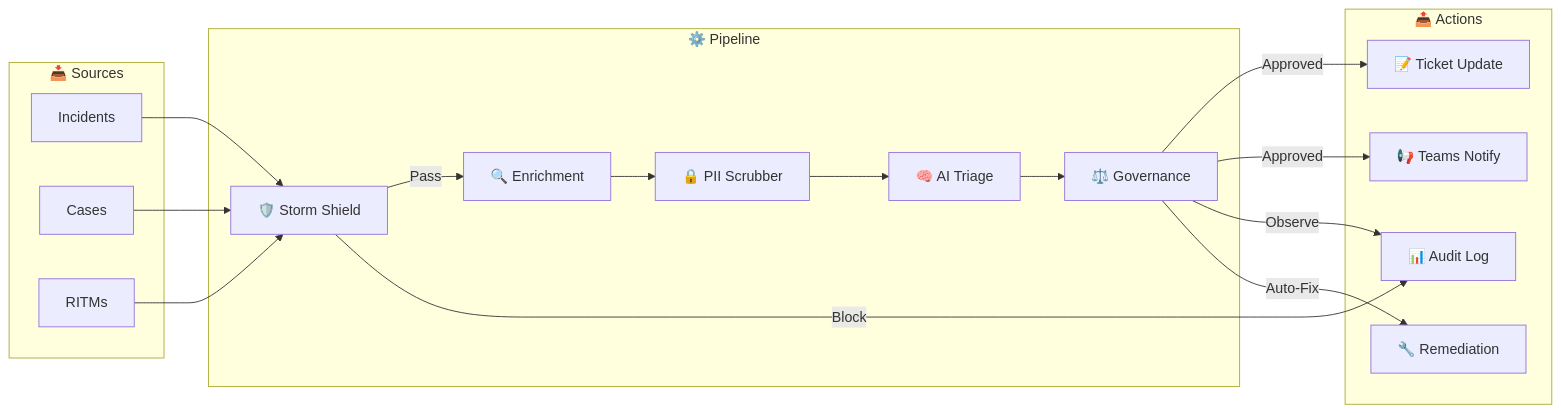
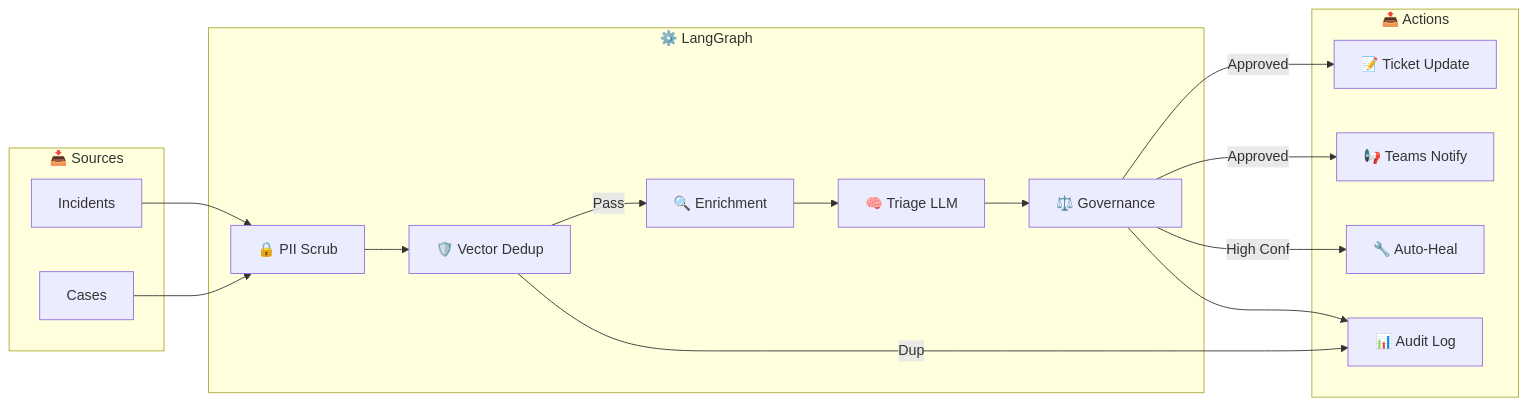
Before and after one commit to maniltns/AEGIS: the fifth of 5 diagrams in docs/architecture.md, drawn with Mermaid. The commit also changed other lines of this file and 15 other files, not shown here.

````diff
--- a/docs/architecture.md
+++ b/docs/architecture.md
@@ -206,36 +186,34 @@
 ```mermaid
 flowchart LR
     subgraph INPUT["📥 Sources"]
         INC["Incidents"]
         CASE["Cases"]
-        RITM["RITMs"]
     end
 
-    subgraph PROCESS["⚙️ Pipeline"]
-        STORM["🛡️ Storm Shield"]
+    subgraph PIPELINE["⚙️ LangGraph"]
+        PII["🔒 PII Scrub"]
+        DEDUP["🛡️ Vector Dedup"]
         ENRICH["🔍 Enrichment"]
-        PII["🔒 PII Scrubber"]
-        AI["🧠 AI Triage"]
+        LLM["🧠 Triage LLM"]
         GOV["⚖️ Governance"]
     end
 
     subgraph OUTPUT["📤 Actions"]
         UPDATE["📝 Ticket Update"]
         NOTIFY["📢 Teams Notify"]
         AUDIT["📊 Audit Log"]
-        EXEC["🔧 Remediation"]
+        EXEC["🔧 Auto-Heal"]
     end
 
-    INC --> STORM
-    CASE --> STORM
-    RITM --> STORM
-    STORM -->|Pass| ENRICH
-    STORM -->|Block| AUDIT
-    ENRICH --> PII
-    PII --> AI
-    AI --> GOV
+    INC --> PII
+    CASE --> PII
+    PII --> DEDUP
+    DEDUP -->|Pass| ENRICH
+    DEDUP -->|Dup| AUDIT
+    ENRICH --> LLM
+    LLM --> GOV
     GOV -->|Approved| UPDATE
     GOV -->|Approved| NOTIFY
-    GOV -->|Observe| AUDIT
-    GOV -->|Auto-Fix| EXEC
+    GOV -->|High Conf| EXEC
+    GOV --> AUDIT
 ```
````
